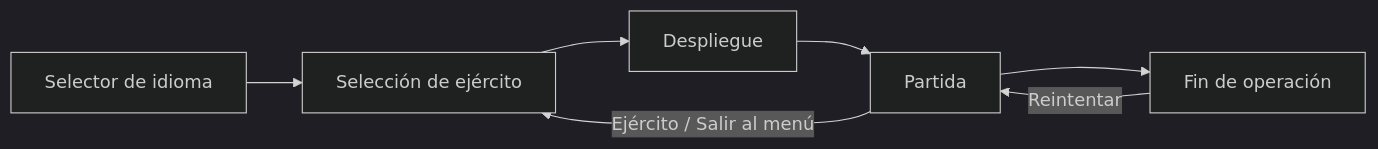
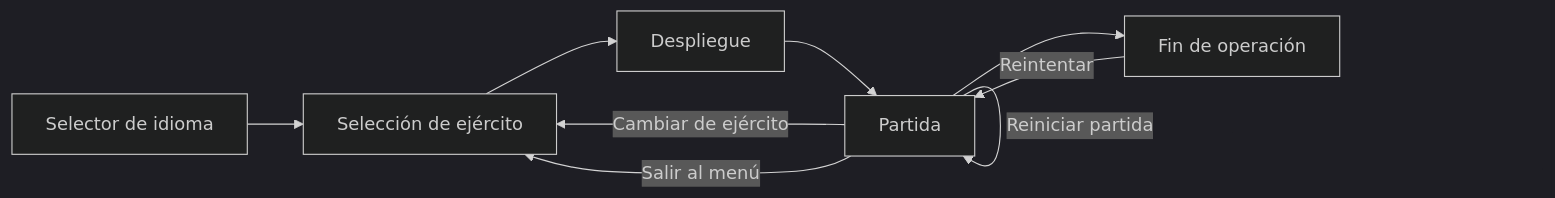
Before and after one commit to wulflo/realtowerdefense: the diagram in docs/ARQUITECTURA.md, drawn with Mermaid (dark theme). The commit also changed other lines of this file and 3 other files, not shown here.

````diff
--- a/docs/ARQUITECTURA.md
+++ b/docs/ARQUITECTURA.md
@@ -20,9 +20,11 @@
 ```mermaid
 flowchart LR
   A[Selector de idioma] --> B[Selección de ejército]
   B --> C[Despliegue]
   C --> D[Partida]
   D --> E[Fin de operación]
   E -->|Reintentar| D
-  D -->|Ejército / Salir al menú| B
+  D -->|Reiniciar partida| D
+  D -->|Cambiar de ejército| B
+  D -->|Salir al menú| B
 ```
````
